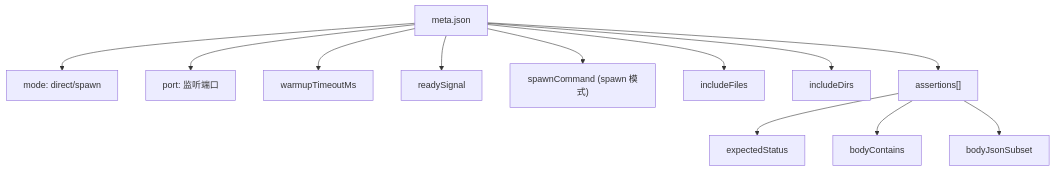
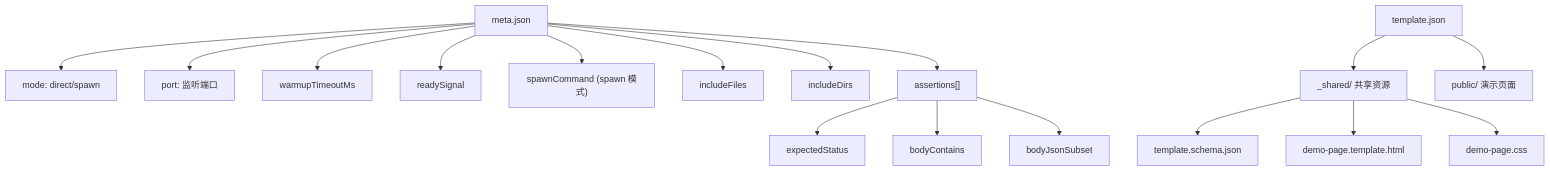
One commit to esa-sp/test-for-aone-ci changed the eighth of 8 diagrams in .qoder/repowiki/zh/content/后端框架测试/后端框架测试套件.md. Above: the diagram before and after it, drawn with Mermaid. The commit also changed other lines of this file and 58 other files, not shown here.

````diff
--- a/.qoder/repowiki/zh/content/后端框架测试/后端框架测试套件.md
+++ b/.qoder/repowiki/zh/content/后端框架测试/后端框架测试套件.md
@@ -295,14 +376,19 @@
 ```mermaid
 graph TB
 Meta["meta.json"] --> Mode["mode: direct/spawn"]
 Meta --> Port["port: 监听端口"]
 Meta --> Warmup["warmupTimeoutMs"]
 Meta --> Ready["readySignal"]
 Meta --> SpawnCmd["spawnCommand (spawn 模式)"]
 Meta --> IncludeFiles["includeFiles"]
 Meta --> IncludeDirs["includeDirs"]
 Meta --> Assertions["assertions[]"]
 Assertions --> Status["expectedStatus"]
 Assertions --> BodyContains["bodyContains"]
 Assertions --> BodyJsonSubset["bodyJsonSubset"]
+Template["template.json"] --> Shared["_shared/ 共享资源"]
+Template --> Public["public/ 演示页面"]
+Shared --> TemplateSchema["template.schema.json"]
+Shared --> DemoTemplate["demo-page.template.html"]
+Shared --> DemoCSS["demo-page.css"]
 ```
````
